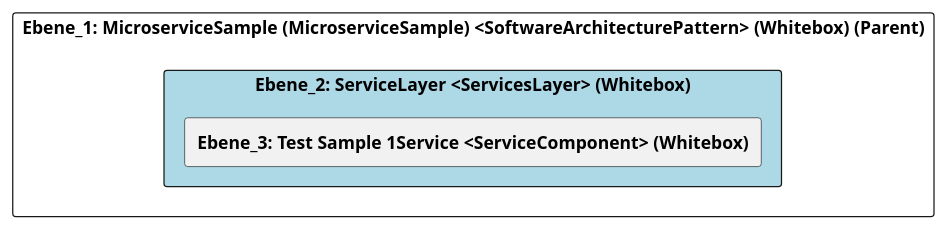
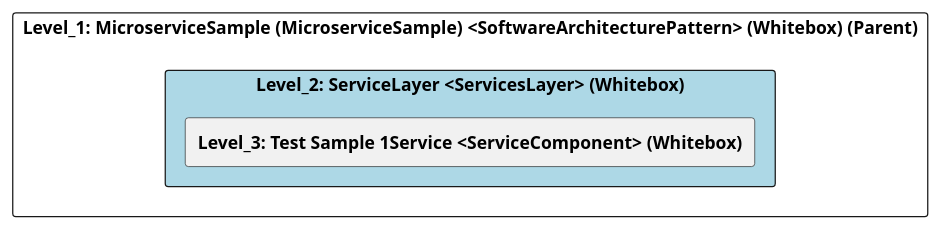
The diagram in src/cleon.architecturemethods.arc42.sample/doc/cleon_architecturemethods_arc42_sample_software_microservice/adoc/en/05_building_block_view/microservicesample/servicelayer/level_2_servicelayer.adoc (marcozwyssig/cleon), drawn with PlantUML before and after one commit. The commit also changed other lines of this file and 102 other files, not shown here.

```diff
--- a/src/cleon.architecturemethods.arc42.sample/doc/cleon_architecturemethods_arc42_sample_software_microservice/adoc/en/05_building_block_view/microservicesample/servicelayer/level_2_servicelayer.adoc
+++ b/src/cleon.architecturemethods.arc42.sample/doc/cleon_architecturemethods_arc42_sample_software_microservice/adoc/en/05_building_block_view/microservicesample/servicelayer/level_2_servicelayer.adoc
@@ -20,24 +20,24 @@
-[plantuml, Ebene_2: ServiceLayer <ServicesLayer> (Whitebox)BlockOverview, format="svg"]
+[plantuml, Level_2: ServiceLayer <ServicesLayer> (Whitebox)BlockOverview, format="svg"]
 ----
-@startuml Ebene_2: ServiceLayer <ServicesLayer> (Whitebox)BuildingBlockOverview
+@startuml Level_2: ServiceLayer <ServicesLayer> (Whitebox)BuildingBlockOverview
 
 skinparam ranksep 10
 skinparam componentStyle rectangle
 skinparam shadowing false
 skinparam arrowColor lightblue
 skinparam arrowThickness 1.2
 skinparam rectangle {
   BackgroundColor White
   BorderColor #333
   RoundCorner 10
 }
 top to bottom direction
 
-component "Ebene_1: MicroserviceSample (MicroserviceSample) <SoftwareArchitecturePattern> (Whitebox) (Parent)" {
-    component "Ebene_2: ServiceLayer <ServicesLayer> (Whitebox)" #lightblue {
-        [**Ebene_3: Test Sample 1Service <ServiceComponent> (Whitebox)**] as 313A22C6_EBCA_11F0_94F3_55208A19CD68
+component "Level_1: MicroserviceSample (MicroserviceSample) <SoftwareArchitecturePattern> (Whitebox) (Parent)" {
+    component "Level_2: ServiceLayer <ServicesLayer> (Whitebox)" #lightblue {
+        [**Level_3: Test Sample 1Service <ServiceComponent> (Whitebox)**] as 313A22C6_EBCA_11F0_94F3_55208A19CD68
     }
 }
 
 @enduml
 ----
```
